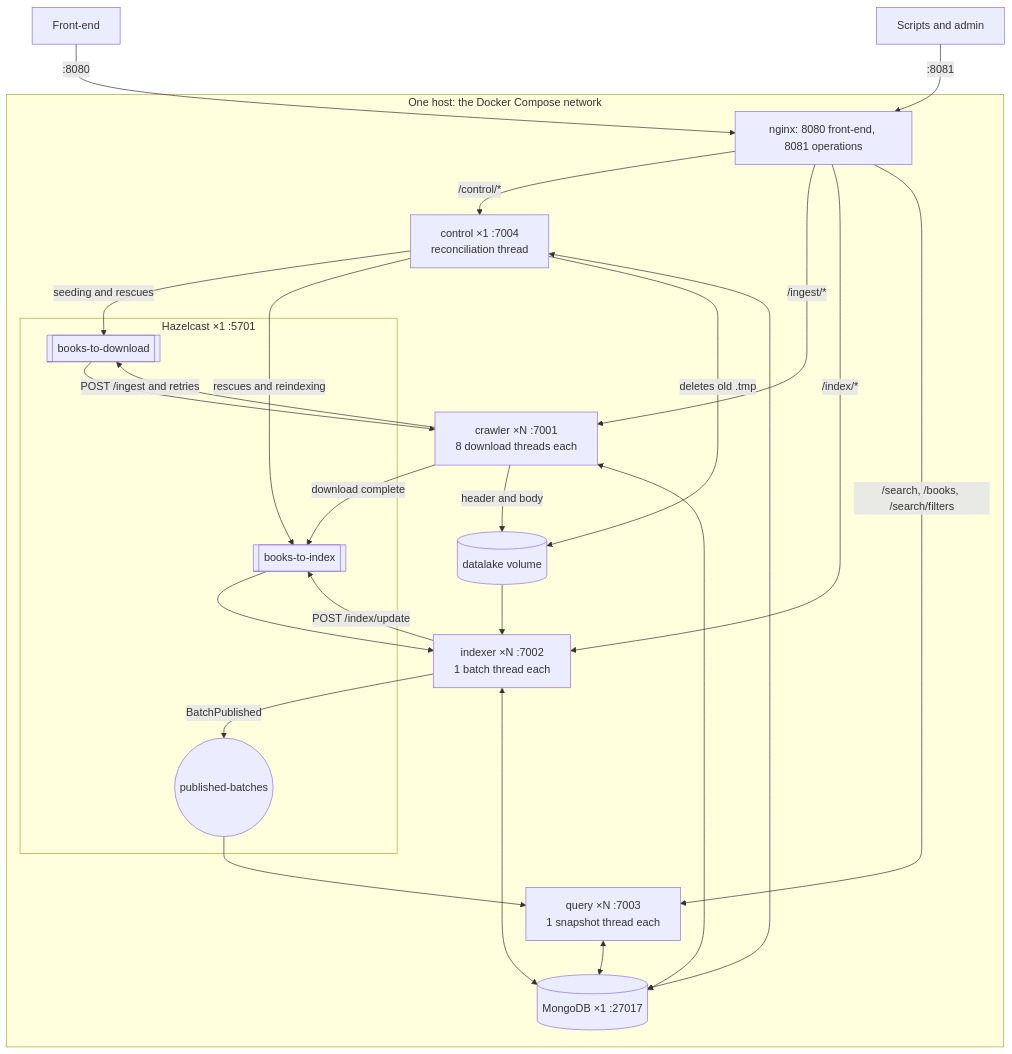
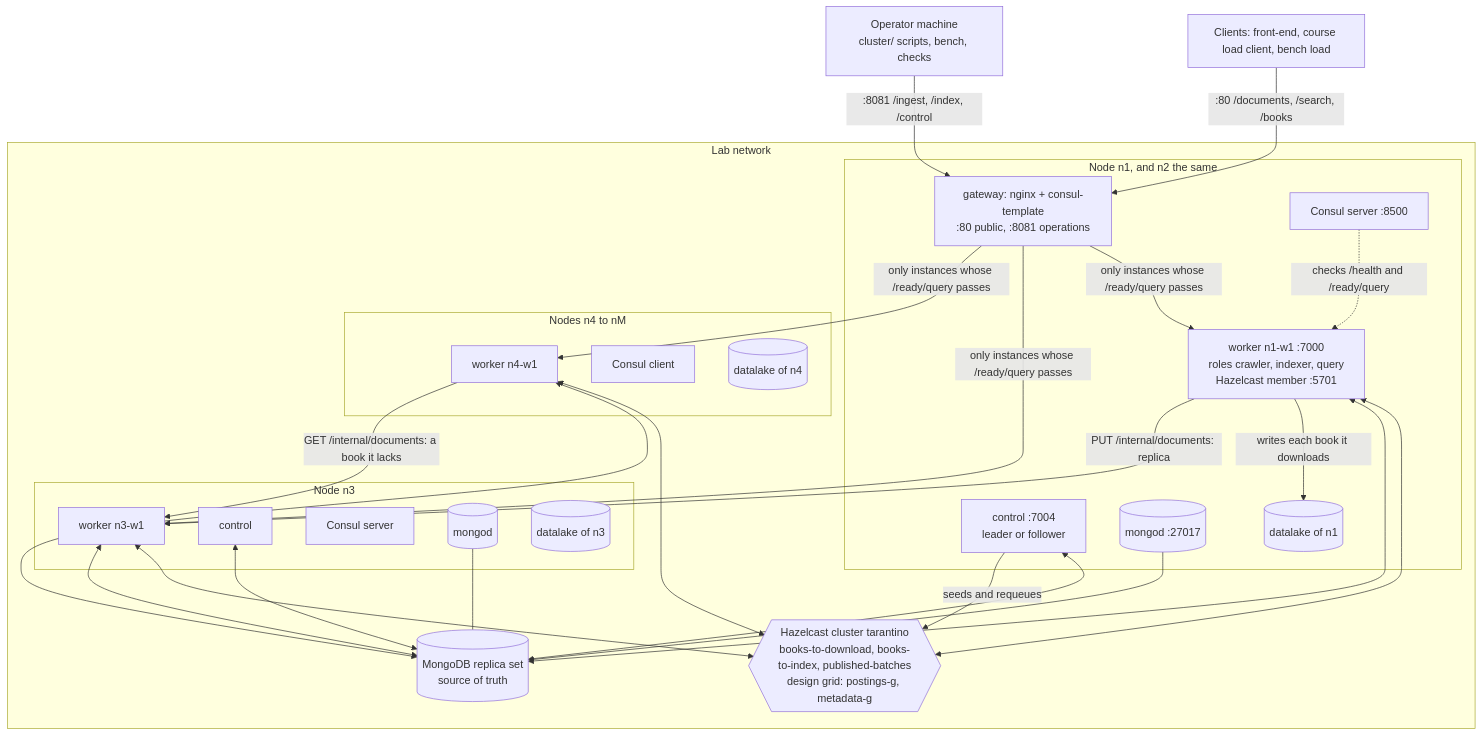
One commit to Query-Tarantino/stage_3 changed the diagram in SPEC.md. Above: the diagram before and after it, drawn with Mermaid. The commit also changed other lines of this file, not shown here.

````diff
--- a/SPEC.md
+++ b/SPEC.md
@@ -27,38 +66,41 @@
 ```mermaid
 flowchart TB
-  FE["Front-end"]
-  ADM["Scripts and admin"]
-  subgraph HOST["One host: the Docker Compose network"]
-    NG["nginx: 8080 front-end, 8081 operations"]
-    CT["control ×1 :7004<br/>reconciliation thread"]
-    CR["crawler ×N :7001<br/>8 download threads each"]
-    IX["indexer ×N :7002<br/>1 batch thread each"]
-    Q["query ×N :7003<br/>1 snapshot thread each"]
-    subgraph HZ["Hazelcast ×1 :5701"]
-      QD[["books-to-download"]]
-      QI[["books-to-index"]]
-      TP(("published-batches"))
+  CL["Clients: front-end, course load client, bench load"]
+  OP["Operator machine<br/>cluster/ scripts, bench, checks"]
+  subgraph LAB["Lab network"]
+    subgraph N1["Node n1, and n2 the same"]
+      G1["gateway: nginx + consul-template<br/>:80 public, :8081 operations"]
+      W1["worker n1-w1 :7000<br/>roles crawler, indexer, query<br/>Hazelcast member :5701"]
+      C1["control :7004<br/>leader or follower"]
+      S1["Consul server :8500"]
+      M1[("mongod :27017")]
+      D1[("datalake of n1")]
     end
-    DL[("datalake volume")]
-    M[("MongoDB ×1 :27017")]
+    subgraph N3["Node n3"]
+      W3["worker n3-w1"]
+      C3["control"]
+      S3["Consul server"]
+      M3[("mongod")]
+      D3[("datalake of n3")]
+    end
+    subgraph N4["Nodes n4 to nM"]
+      W4["worker n4-w1"]
+      S4["Consul client"]
+      D4[("datalake of n4")]
+    end
+    HZ{{"Hazelcast cluster tarantino<br/>books-to-download, books-to-index, published-batches<br/>design grid: postings-g, metadata-g"}}
+    RS[("MongoDB replica set<br/>source of truth")]
   end
-  FE -->|":8080"| NG
-  ADM -->|":8081"| NG
-  NG -->|"/control/*"| CT
-  NG -->|"/ingest/*"| CR
-  NG -->|"/index/*"| IX
-  NG -->|"/search, /books, /search/filters"| Q
-  CT -->|"seeding and rescues"| QD
-  QD --> CR
-  CR -->|"POST /ingest and retries"| QD
-  CR -->|"download complete"| QI
-  CT -->|"rescues and reindexing"| QI
-  QI --> IX
-  IX -->|"POST /index/update"| QI
-  IX -->|"BatchPublished"| TP
-  TP --> Q
-  CR -->|"header and body"| DL
-  DL --> IX
-  CT -->|"deletes old .tmp"| DL
-  CR & IX & CT & Q <--> M
+  CL -->|":80 /documents, /search, /books"| G1
+  OP -->|":8081 /ingest, /index, /control"| G1
+  G1 -->|"only instances whose /ready/query passes"| W1 & W3 & W4
+  S1 -. "checks /health and /ready/query" .-> W1
+  W1 & W3 & W4 <--> HZ
+  W1 & W3 & W4 <--> RS
+  C1 & C3 <--> RS
+  C1 -->|"seeds and requeues"| HZ
+  M1 & M3 --- RS
+  W1 -->|"writes each book it downloads"| D1
+  W1 -->|"PUT /internal/documents: replica"| W3
+  W4 -->|"GET /internal/documents: a book it lacks"| W3
 ```
````
